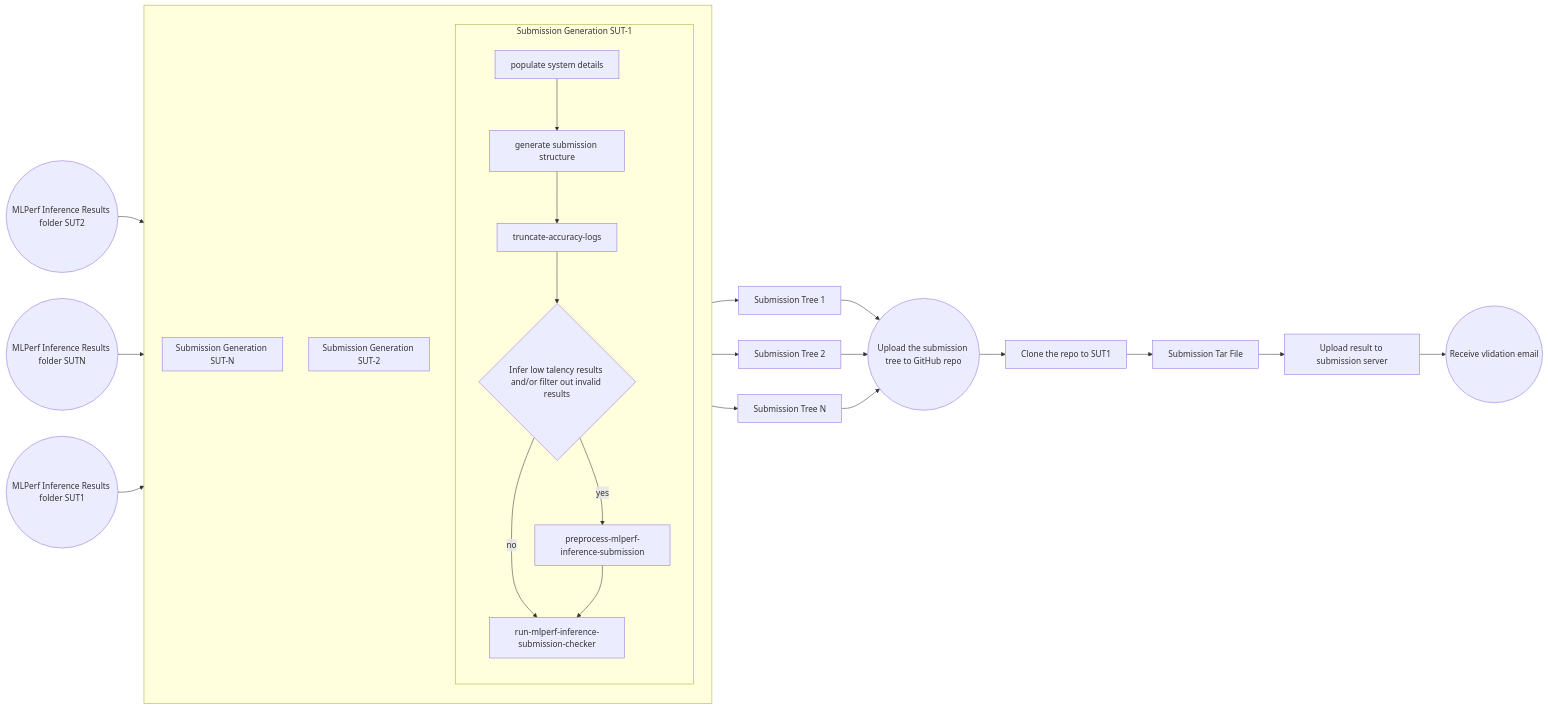
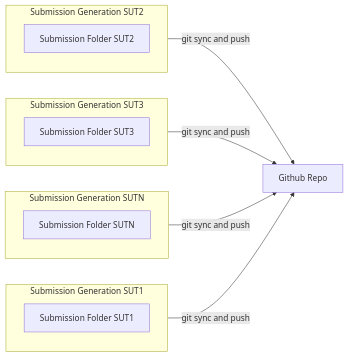
The third of 4 diagrams in docs/submission/index.md (mlcommons/inference), drawn with Mermaid before and after one commit. The commit also changed other lines of this file, not shown here.

Commit message:
Fixes to submission generation docs

````diff
--- a/docs/submission/index.md
+++ b/docs/submission/index.md
@@ -137,39 +154,20 @@
     ```mermaid
         flowchart LR
-            classDef hidden fill:none,stroke:none;
-        
-            subgraph Generation1 [Submission Generation SUT-1]
-                direction TB
-                A3[populate system details] --> B3[generate submission structure]
-                B3 --> C3[truncate-accuracy-logs]
-                C3 --> D3{Infer low talency results and/or filter out invalid results}
-                D3 -- yes --> E3[preprocess-mlperf-inference-submission]
-                D3 -- no --> F3[run-mlperf-inference-submission-checker]
-                E3 --> F3
+            subgraph SUT1 [Submission Generation SUT1]
+              A[Submission Folder SUT1]
             end
-                
-            subgraph Generation2 [Submission Generation SUT-2]
-                direction TB
+            subgraph SUT2 [Submission Generation SUT2]
+              B[Submission Folder SUT2]
             end
-        
-            subgraph GenerationN [Submission Generation SUT-N]
-                direction TB
+            subgraph SUT3 [Submission Generation SUT3]
+              C[Submission Folder SUT3]
             end
-        
-            Input1((MLPerf Inference Results folder SUT1)) --> Generation1 --> T1[Submission Tree 1]
-            Input2((MLPerf Inference Results folder SUT2)) --> Generation2 --> T2[Submission Tree 2]
-            Input3((MLPerf Inference Results folder SUTN)) --> GenerationN --> TN[Submission Tree N]
-        
-            subgraph LargeCircle [ ]
-                direction TB
-                Generation1
-                Generation2
-                GenerationN
+            subgraph SUTN [Submission Generation SUTN]
+              D[Submission Folder SUTN]
             end
-        
-            T1 --> Sync((Upload the submission tree to GitHub repo))
-            T2 --> Sync
-            TN --> Sync
-        
-            Sync --> clone[Clone the repo to SUT1] --> tar[Submission Tar File] --> upload[Upload result to submission server] --> output((Receive vlidation email))
+	    SUT2 -- git sync and push --> G[Github Repo]
+	    SUT3 -- git sync and push --> G[Github Repo]
+	    SUTN -- git sync and push --> G[Github Repo]
+	    SUT1 -- git sync and push --> G[Github Repo]
+           
     ```
````
